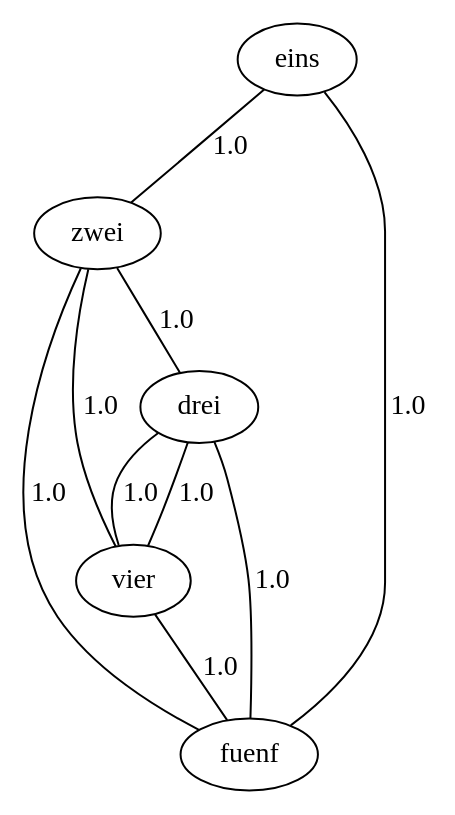
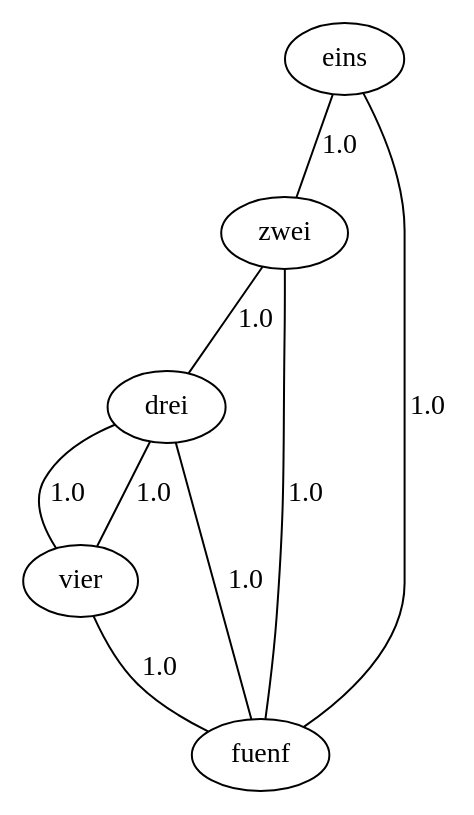
One commit to Frggle/HAW_GKA changed the diagram in GKA_task3_1-5/GraphViz/graph/gespeicherterGraph.gv. Above: the diagram before and after it, drawn with Graphviz. The commit also changed 7 other files, not shown here.

```diff
--- a/GKA_task3_1-5/GraphViz/graph/gespeicherterGraph.gv
+++ b/GKA_task3_1-5/GraphViz/graph/gespeicherterGraph.gv
@@ -1,16 +1,15 @@
 graph G {
   1 [ label="eins" ];
   2 [ label="zwei" ];
   3 [ label="drei" ];
   4 [ label="vier" ];
   5 [ label="fuenf" ];
   1 -- 2 [ label="1.0" ];
   2 -- 3 [ label="1.0" ];
   3 -- 4 [ label="1.0" ];
   4 -- 3 [ label="1.0" ];
   4 -- 5 [ label="1.0" ];
   5 -- 1 [ label="1.0" ];
   5 -- 2 [ label="1.0" ];
   5 -- 3 [ label="1.0" ];
-  2 -- 4 [ label="1.0" ];
 }
```
